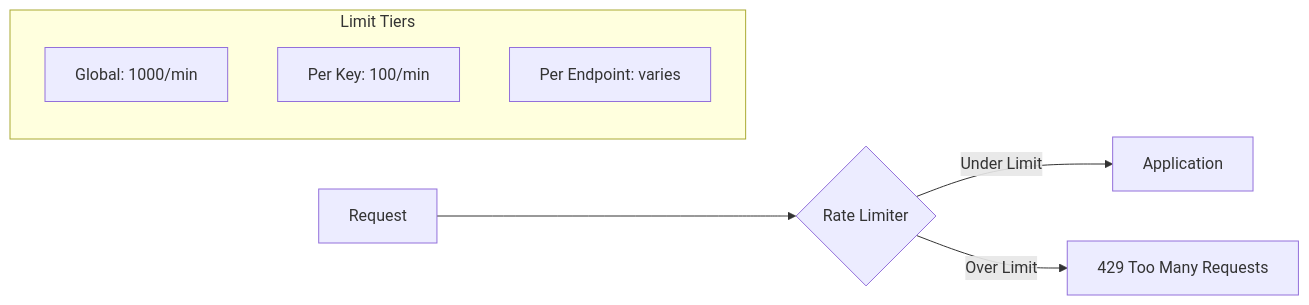
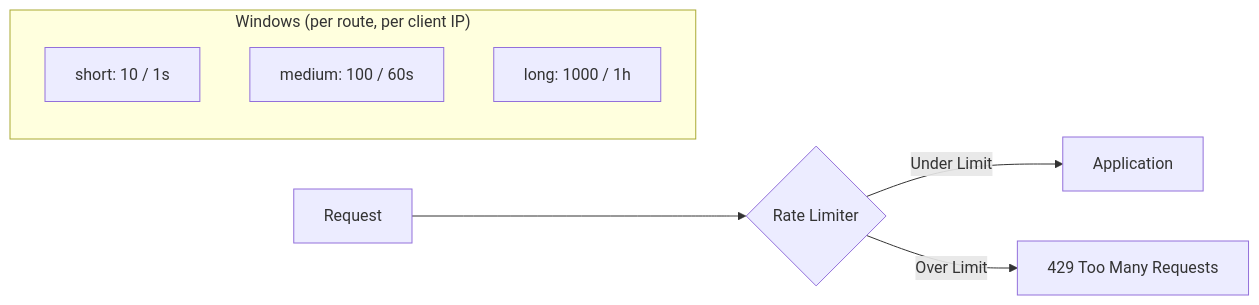
One commit to suryansh-business-work/duncit-all changed the fifth of 9 diagrams in portals/crm/open-wa-server/docs/04-security-design.md. Above: the diagram before and after it, drawn with Mermaid. The commit also changed other lines of this file and 2547 other files, not shown here.

````diff
--- a/portals/crm/open-wa-server/docs/04-security-design.md
+++ b/portals/crm/open-wa-server/docs/04-security-design.md
@@ -341,12 +349,12 @@
 ```mermaid
 flowchart LR
     REQ[Request] --> RL{Rate Limiter}
     RL -->|Under Limit| APP[Application]
     RL -->|Over Limit| ERR[429 Too Many Requests]
-    
-    subgraph Limits["Limit Tiers"]
-        T1[Global: 1000/min]
-        T2[Per Key: 100/min]
-        T3[Per Endpoint: varies]
+
+    subgraph Limits["Windows (per route, per client IP)"]
+        T1[short: 10 / 1s]
+        T2[medium: 100 / 60s]
+        T3[long: 1000 / 1h]
     end
 ```
````
